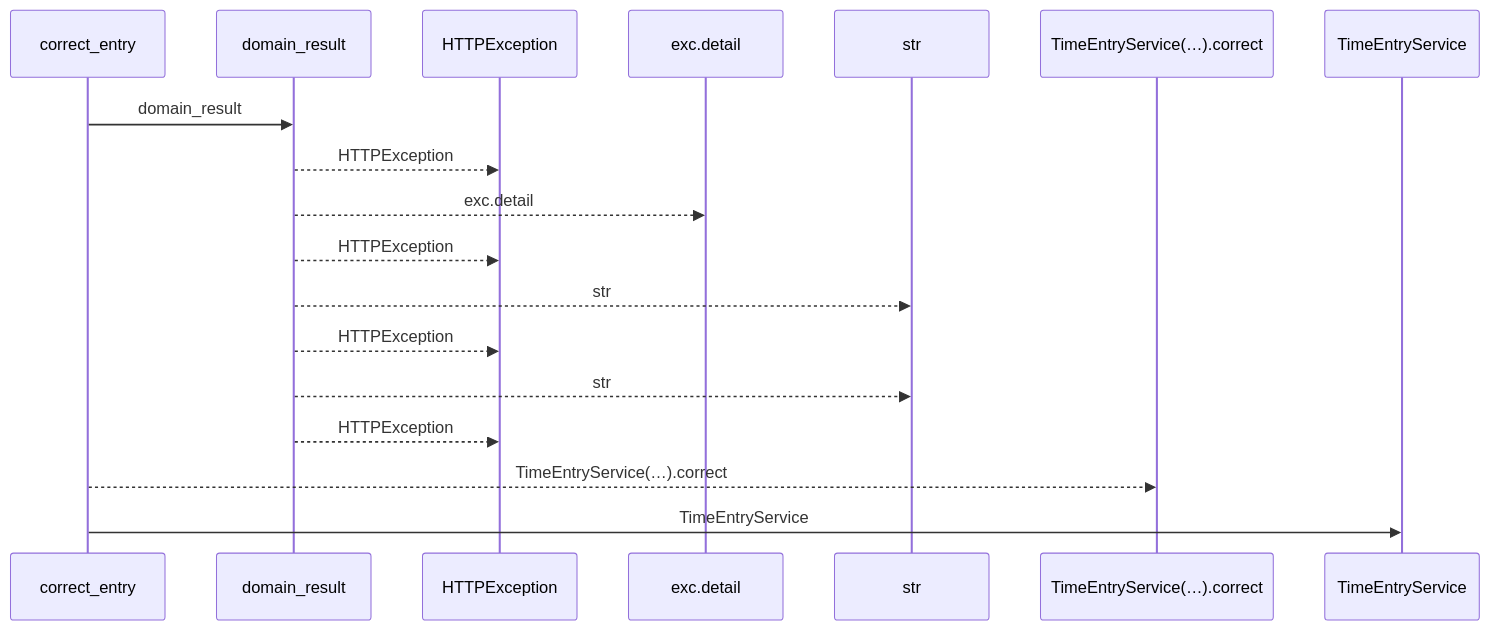
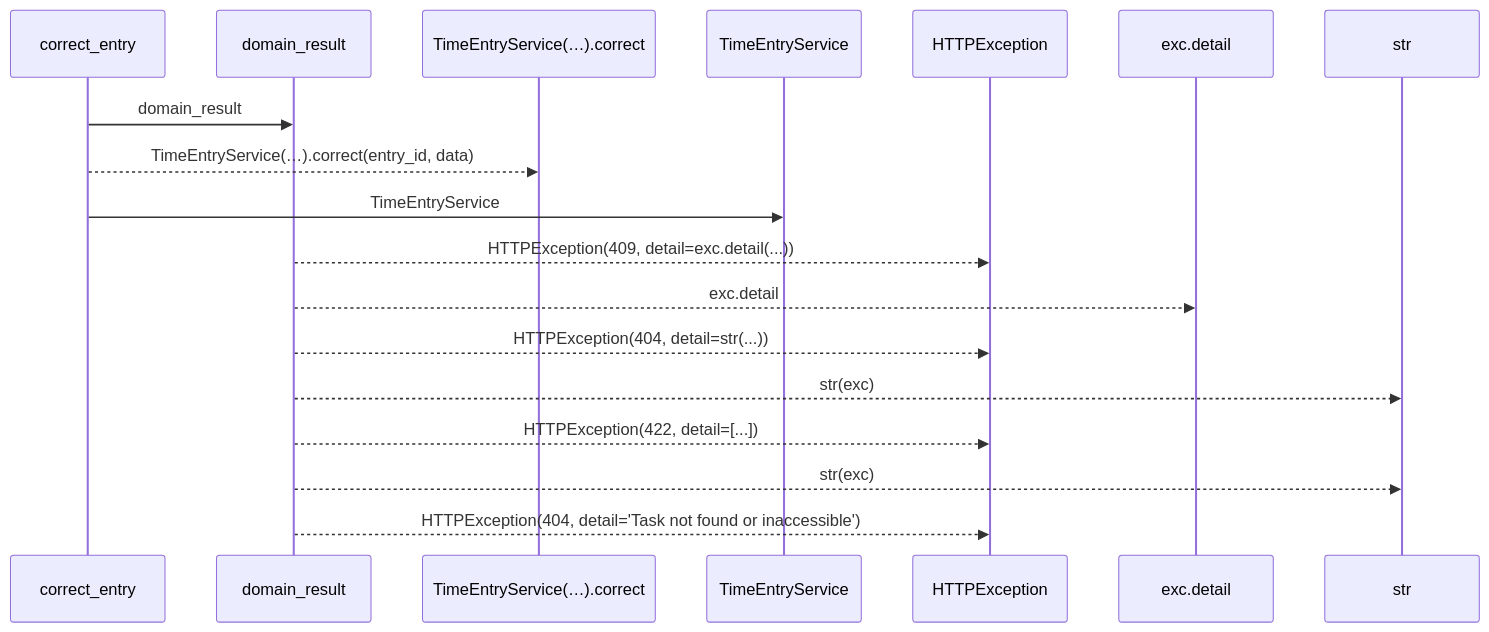
Before and after one commit to Denissvgn/WorkChord: the first of 2 diagrams in docs/llm_wiki/flows/http-correct_entry.md, drawn with Mermaid. The commit also changed other lines of this file and 25171 other files, not shown here.

````diff
--- a/docs/llm_wiki/flows/http-correct_entry.md
+++ b/docs/llm_wiki/flows/http-correct_entry.md
@@ -10,20 +12,20 @@
 ```mermaid
 sequenceDiagram
     participant p0 as correct_entry
     participant p1 as domain_result
-    participant p2 as HTTPException
-    participant p3 as exc.detail
-    participant p4 as str
-    participant p5 as TimeEntryService(…).correct
-    participant p6 as TimeEntryService
+    participant p2 as TimeEntryService(…).correct
+    participant p3 as TimeEntryService
+    participant p4 as HTTPException
+    participant p5 as exc.detail
+    participant p6 as str
     p0->>p1: domain_result
-    p1-->>p2: HTTPException
-    p1-->>p3: exc.detail
-    p1-->>p2: HTTPException
-    p1-->>p4: str
-    p1-->>p2: HTTPException
-    p1-->>p4: str
-    p1-->>p2: HTTPException
-    p0-->>p5: TimeEntryService(…).correct
-    p0->>p6: TimeEntryService
+    p0-->>p2: TimeEntryService(…).correct(entry_id, data)
+    p0->>p3: TimeEntryService
+    p1-->>p4: HTTPException(409, detail=exc.detail(...))
+    p1-->>p5: exc.detail
+    p1-->>p4: HTTPException(404, detail=str(...))
+    p1-->>p6: str(exc)
+    p1-->>p4: HTTPException(422, detail=[...])
+    p1-->>p6: str(exc)
+    p1-->>p4: HTTPException(404, detail='Task not found or inaccessible')
 ```
````
